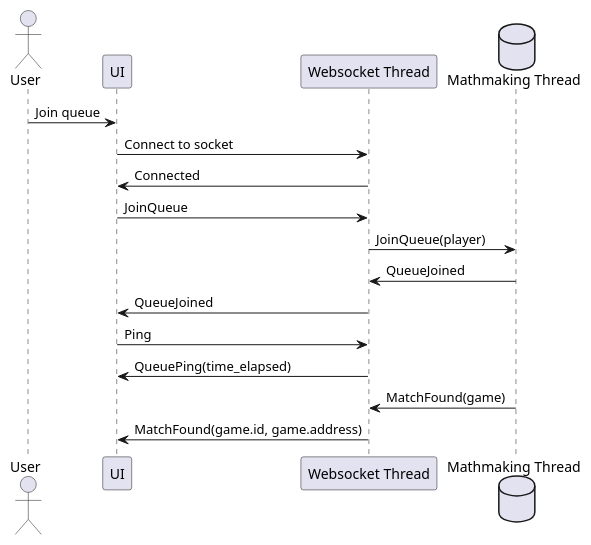
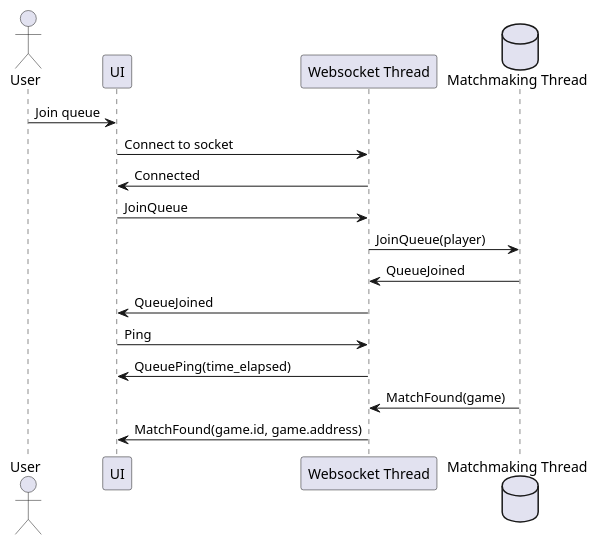
Before and after one commit to jonathancyu/websocket-game-server: the diagram in docs/matchmaking_sequence.puml, drawn with PlantUML. The commit also changed 1 other file, not shown here.

```diff
--- a/docs/matchmaking_sequence.puml
+++ b/docs/matchmaking_sequence.puml
@@ -2,25 +2,25 @@
 @startuml
 actor "User" as user
 participant "UI" as ui
 participant "Websocket Thread" as socket
-database "Mathmaking Thread" as mm
+database "Matchmaking Thread" as mm
 
 user -> ui : Join queue
 ui -> socket : Connect to socket
 ui <- socket : Connected
 ui -> socket : JoinQueue
 
 socket -> mm : JoinQueue(player)
 mm -> socket : QueueJoined
 ui <- socket : QueueJoined
 
 ui -> socket : Ping
 ui <- socket : QueuePing(time_elapsed)
 
 socket <- mm : MatchFound(game)
 ui <- socket : MatchFound(game.id, game.address)
 
 
 
 
 @enduml
```
